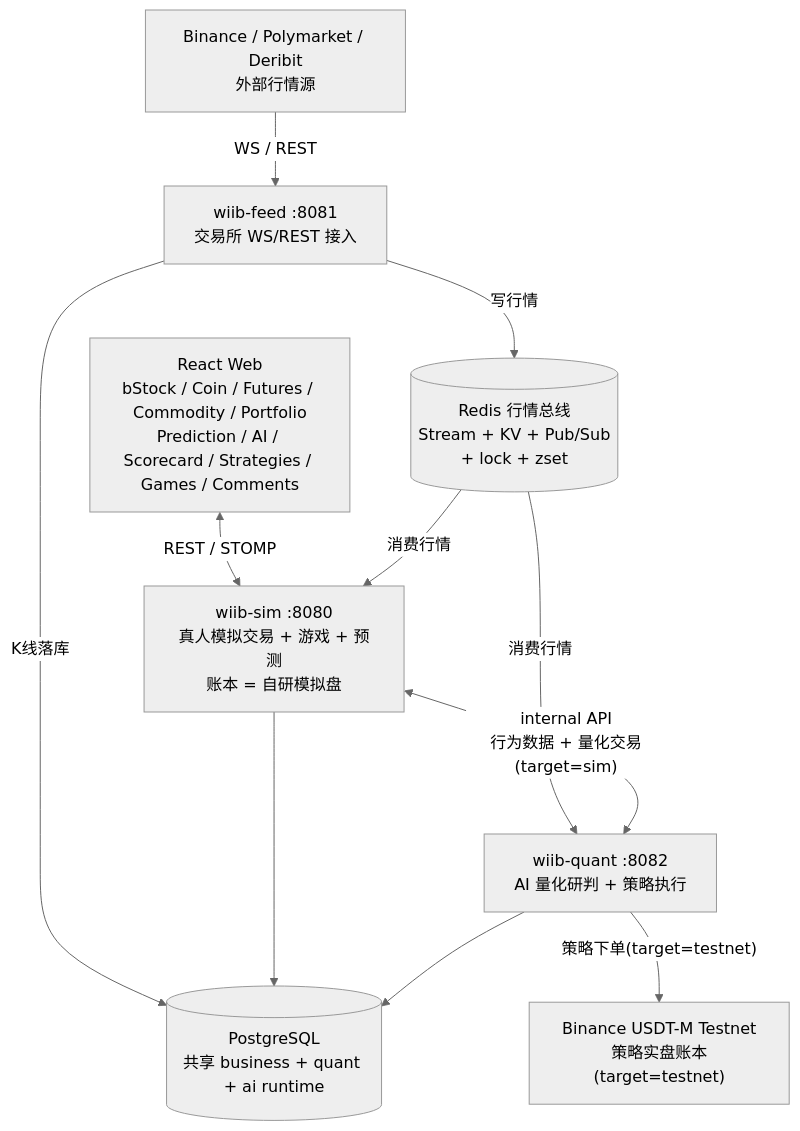
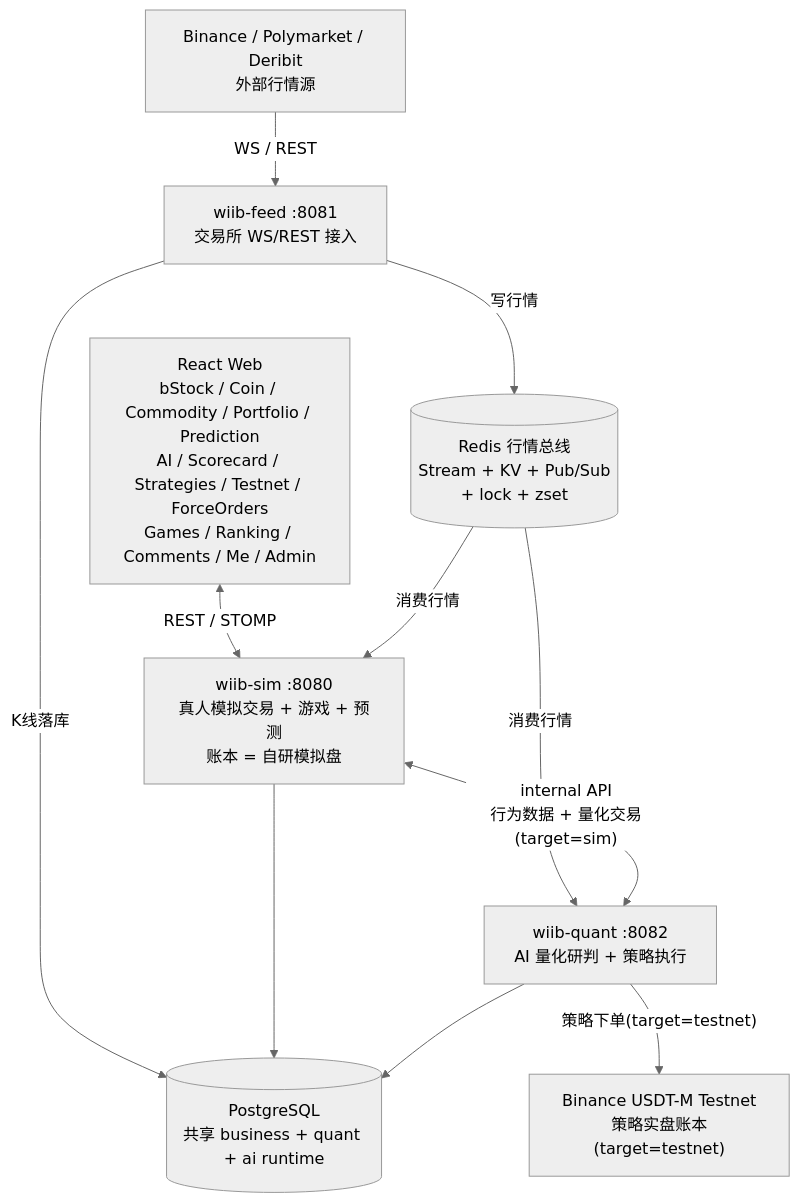
One commit to mamawai/wtfibought changed the first of 2 diagrams in README.md. Above: the diagram before and after it, drawn with Mermaid (neutral theme). The commit also changed other lines of this file and 3 other files, not shown here.

````diff
--- a/README.md
+++ b/README.md
@@ -111,22 +114,22 @@
 ```mermaid
 flowchart TD
-    UI["React Web<br/>bStock / Coin / Futures / Commodity / Portfolio<br/>Prediction / AI / Scorecard / Strategies / Games / Comments"]
+    UI["React Web<br/>bStock / Coin / Commodity / Portfolio / Prediction<br/>AI / Scorecard / Strategies / Testnet / ForceOrders<br/>Games / Ranking / Comments / Me / Admin"]
     EXC["Binance / Polymarket / Deribit<br/>外部行情源"]
     FEED["wiib-feed :8081<br/>交易所 WS/REST 接入"]
     SIM["wiib-sim :8080<br/>真人模拟交易 + 游戏 + 预测<br/>账本 = 自研模拟盘"]
     QUANT["wiib-quant :8082<br/>AI 量化研判 + 策略执行"]
     DB[("PostgreSQL<br/>共享 business + quant + ai runtime")]
     REDIS[("Redis 行情总线<br/>Stream + KV + Pub/Sub<br/>+ lock + zset")]
     TESTNET["Binance USDT-M Testnet<br/>策略实盘账本(target=testnet)"]
 
     EXC -->|WS / REST| FEED
     FEED -->|写行情| REDIS
     FEED -->|K线落库| DB
     UI <-->|REST / STOMP| SIM
     REDIS -->|消费行情| SIM
     REDIS -->|消费行情| QUANT
     SIM --> DB
     QUANT --> DB
     SIM <-->|"internal API<br/>行为数据 + 量化交易(target=sim)"| QUANT
     QUANT -->|"策略下单(target=testnet)"| TESTNET
 ```
````
